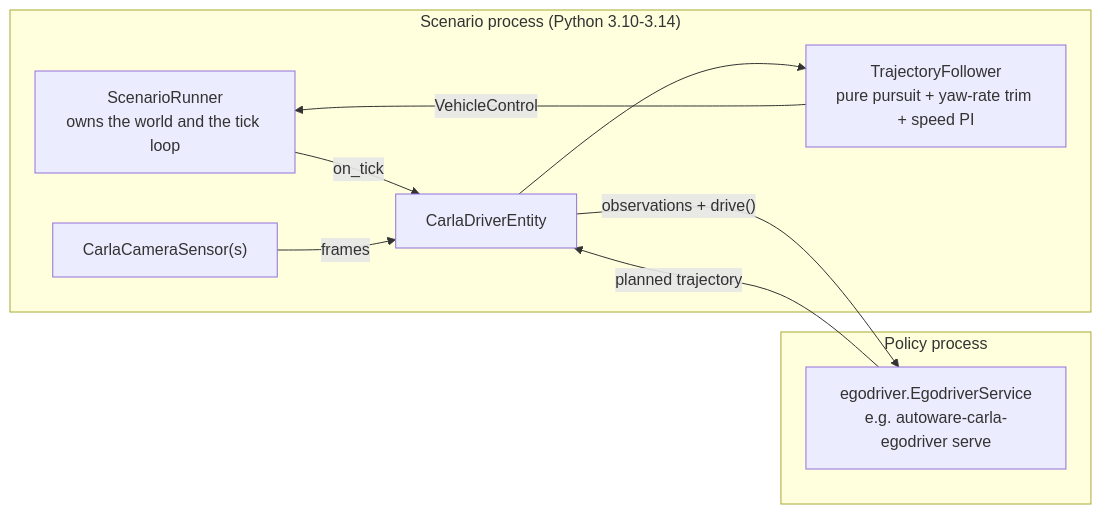
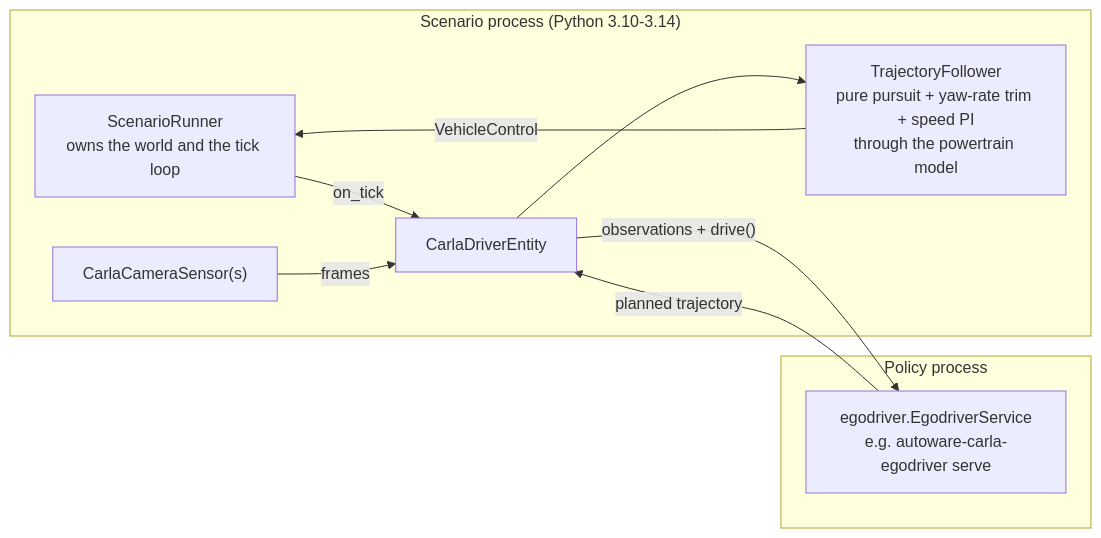
The diagram in autoware_carla_scenario/docs/driver_interface.md (autowarefoundation/autoware_carla_scenario), drawn with Mermaid before and after one commit. The commit also changed other lines of this file and 13 other files, not shown here.

````diff
--- a/autoware_carla_scenario/docs/driver_interface.md
+++ b/autoware_carla_scenario/docs/driver_interface.md
@@ -20,20 +20,20 @@
 ```mermaid
 flowchart LR
     subgraph scenario["Scenario process (Python 3.10-3.14)"]
         SR["ScenarioRunner<br/>owns the world and the tick loop"]
         CDE["CarlaDriverEntity"]
         CAM["CarlaCameraSensor(s)"]
-        TF["TrajectoryFollower<br/>pure pursuit + yaw-rate trim + speed PI"]
+        TF["TrajectoryFollower<br/>pure pursuit + yaw-rate trim + speed PI<br/>through the powertrain model"]
         SR -->|on_tick| CDE
         CAM -->|frames| CDE
         CDE --> TF
         TF -->|VehicleControl| SR
     end
 
     subgraph policy["Policy process"]
         P["egodriver.EgodriverService<br/>e.g. autoware-carla-egodriver serve"]
     end
 
     CDE -->|"observations + drive()"| P
     P -->|"planned trajectory"| CDE
 ```
````
